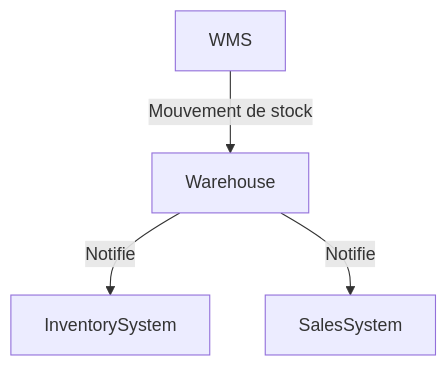
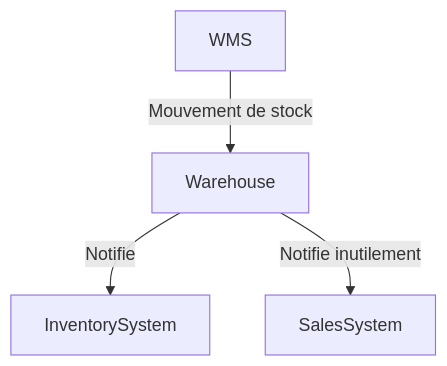
Before and after one commit to SamuelLnds/LandaisSamuel_TP_DesignPatterns: the third of 4 diagrams in Observer/README.md, drawn with Mermaid. The commit also changed other lines of this file and 12 other files, not shown here.

Commit message:
revue des README, correction des diagrammes, ajout de diagrammes de séquence pour détailler l'explication, correction du français, ajout d'informations supplémentaires, révision de la disposition des limitations à certains endroits

````diff
--- a/Observer/README.md
+++ b/Observer/README.md
@@ -38,6 +56,6 @@
 ```mermaid
 graph TD
-	WMS -->|Mouvement de stock| Warehouse
-	Warehouse -->|Notifie| InventorySystem
-	Warehouse -->|Notifie| SalesSystem
+    WMS -->|Mouvement de stock| Warehouse
+    Warehouse -->|Notifie| InventorySystem
+    Warehouse -->|Notifie inutilement| SalesSystem
 ```
````
